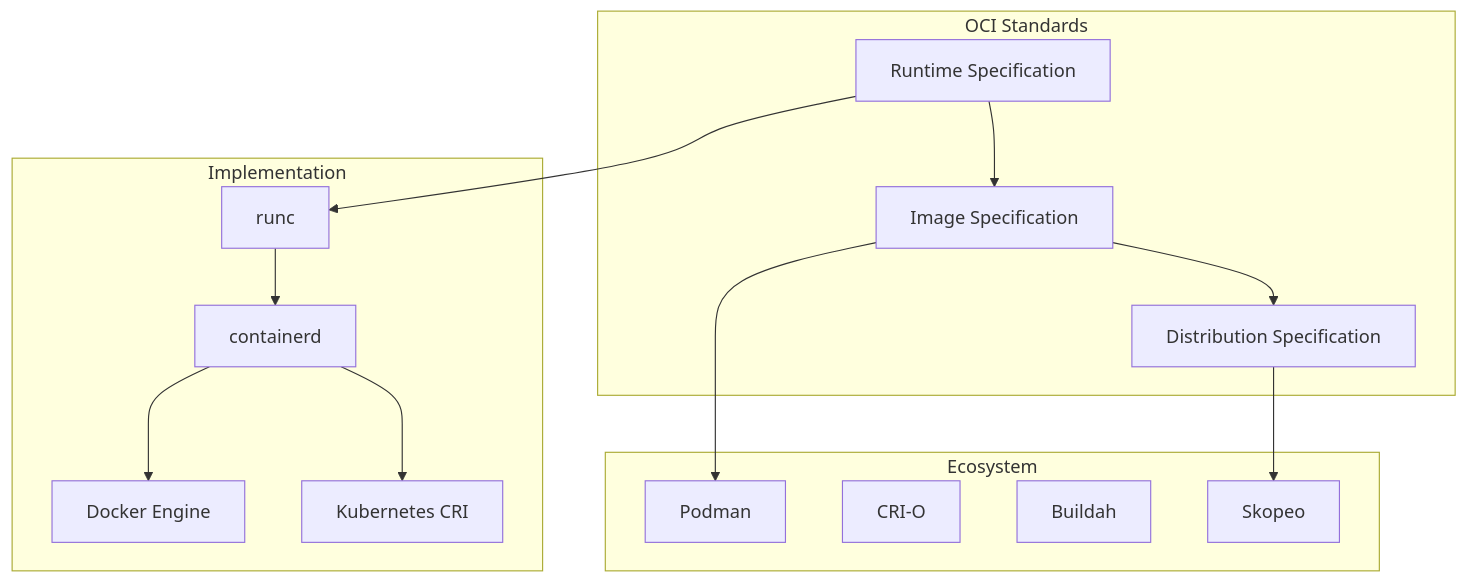
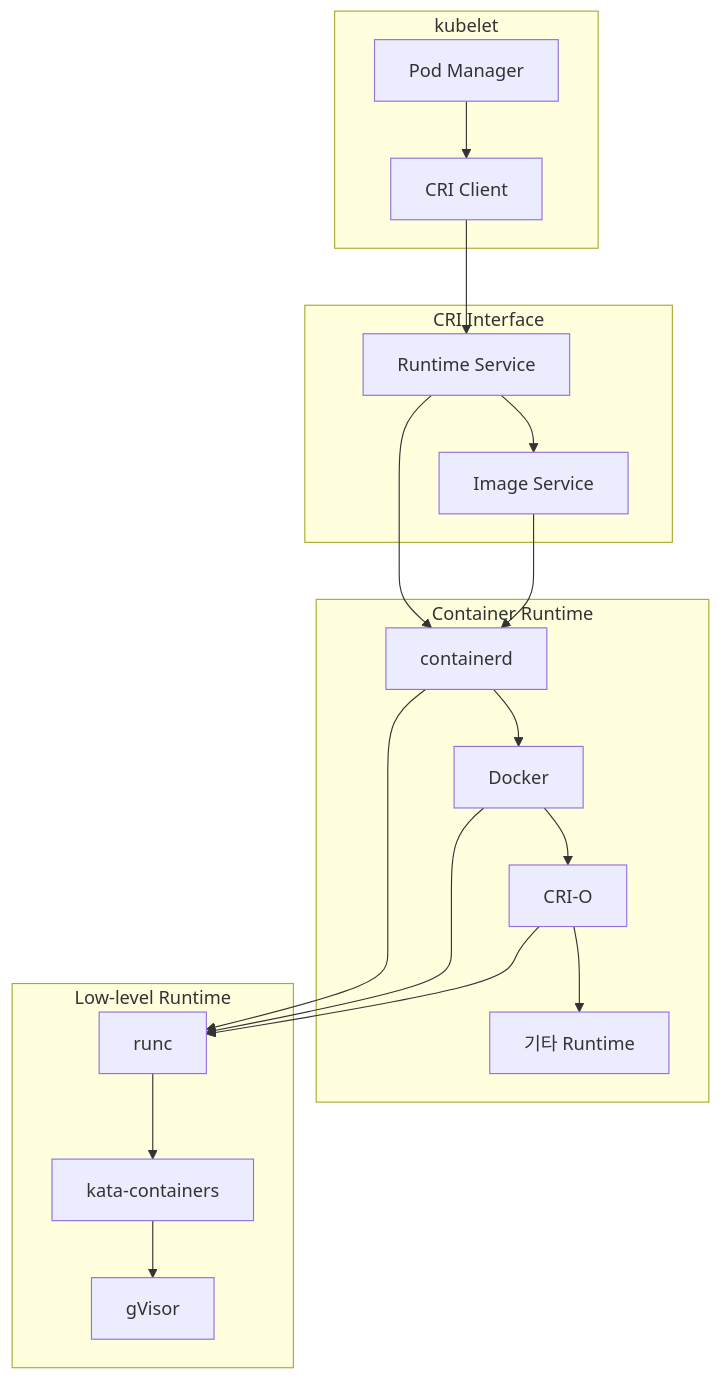
One commit to niceguy61/kdt_devops_lecture_2025 changed the second of 4 diagrams in week_02/day_01/session_07.md. Above: the diagram before and after it, drawn with Mermaid. The commit also changed other lines of this file and 38 other files, not shown here.

````diff
--- a/week_02/day_01/session_07.md
+++ b/week_02/day_01/session_07.md
@@ -15,24 +84,28 @@
 ```mermaid
 graph TB
-    subgraph "OCI Standards"
-        A[Runtime Specification] --> B[Image Specification]
-        B --> C[Distribution Specification]
+    subgraph "kubelet"
+        A[Pod Manager] --> B[CRI Client]
     end
     
-    subgraph "Implementation"
-        D[runc] --> E[containerd]
-        E --> F[Docker Engine]
-        E --> G[Kubernetes CRI]
+    subgraph "CRI Interface"
+        C[Runtime Service] --> D[Image Service]
     end
     
-    subgraph "Ecosystem"
-        H[Podman]
-        I[CRI-O]
-        J[Buildah]
-        K[Skopeo]
+    subgraph "Container Runtime"
+        E[containerd] --> F[Docker]
+        F --> G[CRI-O]
+        G --> H[기타 Runtime]
     end
     
-    A --> D
-    B --> H
-    C --> K
+    subgraph "Low-level Runtime"
+        I[runc] --> J[kata-containers]
+        J --> K[gVisor]
+    end
+    
+    B --> C
+    C --> E
+    D --> E
+    E --> I
+    F --> I
+    G --> I
 ```
````
